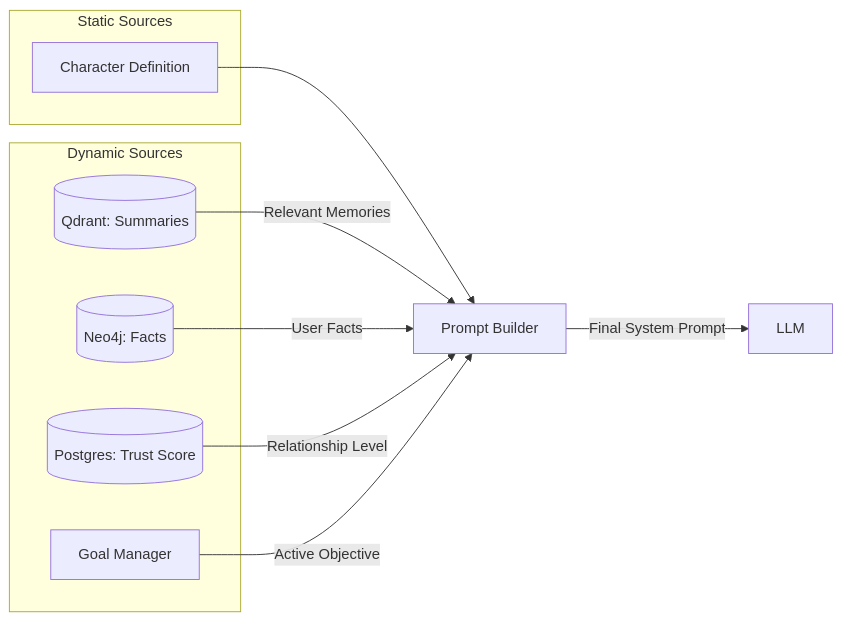
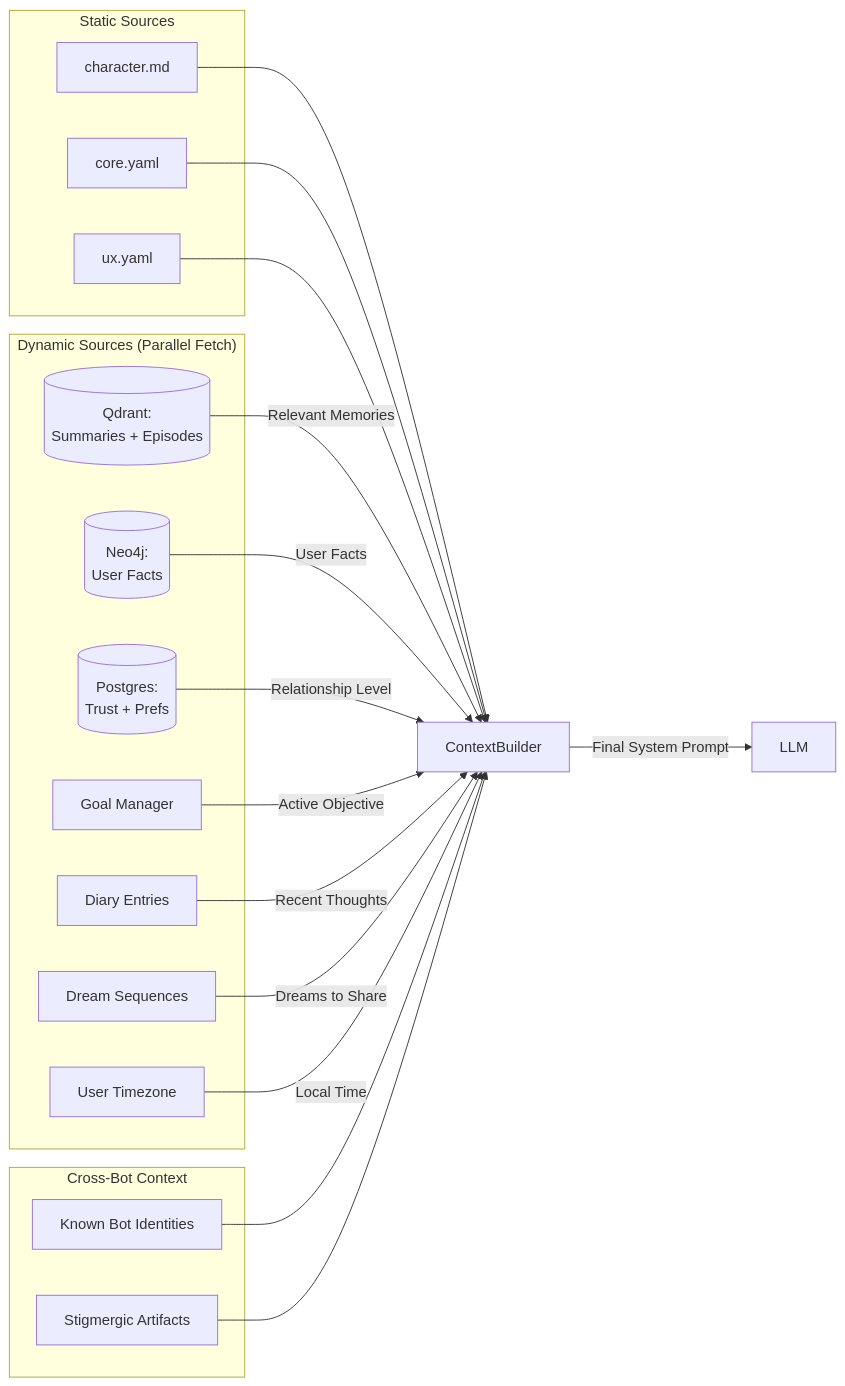
The second of 2 diagrams in docs/architecture/COGNITIVE_ENGINE.md (whisperengine-ai/whisperengine-v2), drawn with Mermaid before and after one commit. The commit also changed other lines of this file and 34 other files, not shown here.

First line of the commit message:
Update documentation for WhisperEngine v2 to version 2.2, reflecting the latest changes and enhancements across various architecture and feature documents. Key updates include:

````diff
--- a/docs/architecture/COGNITIVE_ENGINE.md
+++ b/docs/architecture/COGNITIVE_ENGINE.md
@@ -136,21 +265,38 @@
 ```mermaid
 graph LR
     subgraph StaticSources["Static Sources"]
-        CDL[Character Definition]
+        CDL[character.md]
+        Core[core.yaml]
+        UX[ux.yaml]
     end
     
-    subgraph DynamicSources["Dynamic Sources"]
-        Vector[(Qdrant: Summaries)]
-        Graph[(Neo4j: Facts)]
-        SQL[(Postgres: Trust Score)]
+    subgraph DynamicSources["Dynamic Sources (Parallel Fetch)"]
+        Vector[(Qdrant:<br/>Summaries + Episodes)]
+        Graph[(Neo4j:<br/>User Facts)]
+        SQL[(Postgres:<br/>Trust + Prefs)]
         Goals[Goal Manager]
+        Diary[Diary Entries]
+        Dreams[Dream Sequences]
+        Timezone[User Timezone]
     end
     
-    CDL --> Builder[Prompt Builder]
+    subgraph CrossBot["Cross-Bot Context"]
+        KnownBots[Known Bot Identities]
+        Stigmergic[Stigmergic Artifacts]
+    end
+    
+    CDL --> Builder[ContextBuilder]
+    Core --> Builder
+    UX --> Builder
     Vector -->|Relevant Memories| Builder
     Graph -->|User Facts| Builder
     SQL -->|Relationship Level| Builder
     Goals -->|Active Objective| Builder
+    Diary -->|Recent Thoughts| Builder
+    Dreams -->|Dreams to Share| Builder
+    Timezone -->|Local Time| Builder
+    KnownBots --> Builder
+    Stigmergic --> Builder
     
     Builder -->|Final System Prompt| LLM[LLM]
 ```
````
